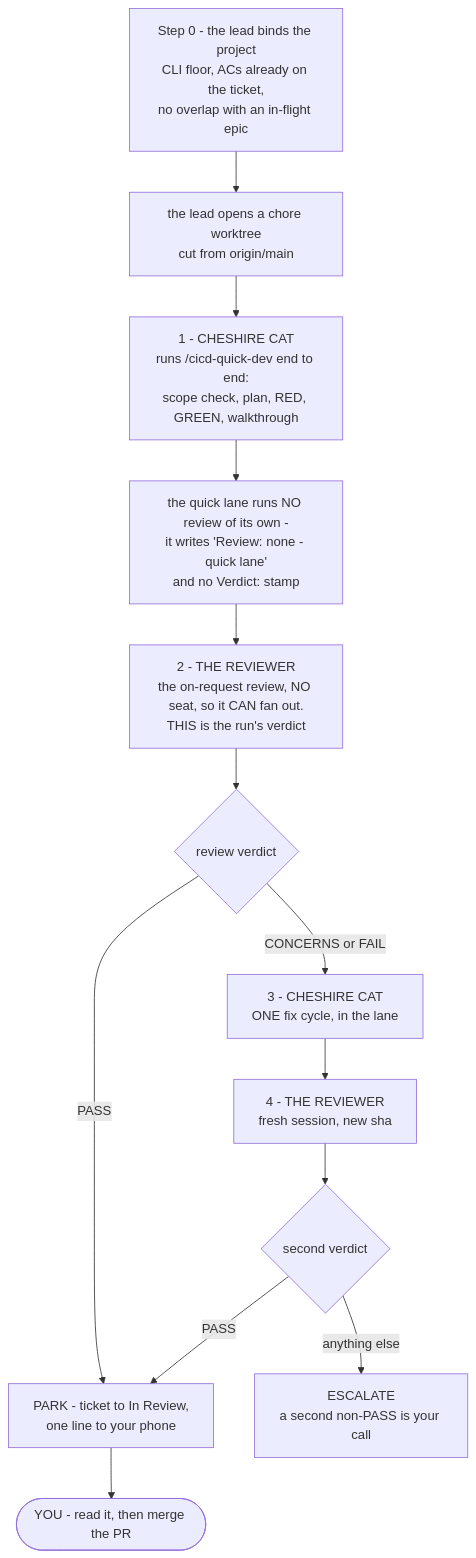
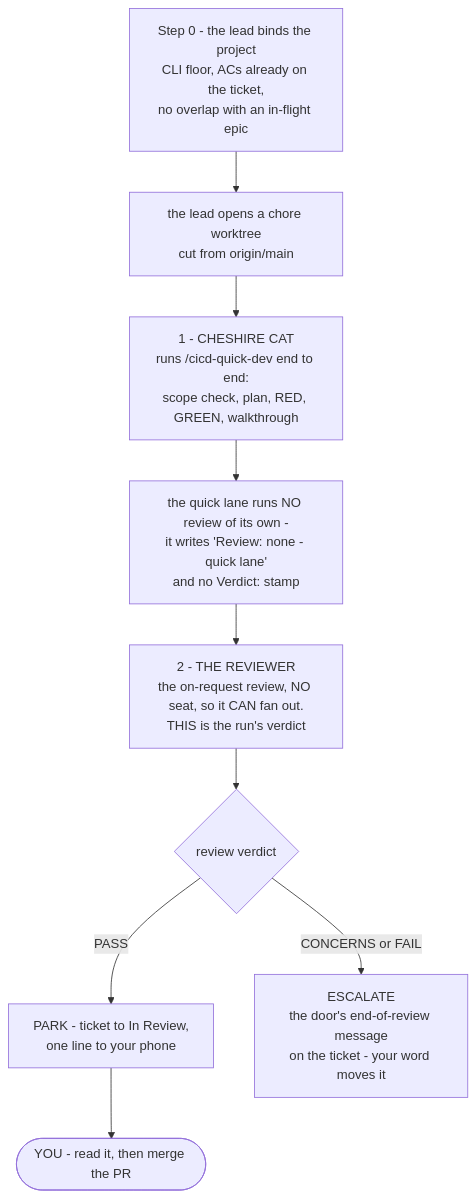
Before and after one commit to sudomadhatter/Sudo_Hatter_Command: the third of 4 diagrams in docs/_scc_sops_prds/autopilot_SOP.md, drawn with Mermaid. The commit also changed other lines of this file and 17 other files, not shown here.

````diff
--- a/docs/_scc_sops_prds/autopilot_SOP.md
+++ b/docs/_scc_sops_prds/autopilot_SOP.md
@@ -147,15 +147,11 @@
 ```mermaid
 flowchart TD
     L["Step 0 - the lead binds the project\nCLI floor, ACs already on the ticket,\nno overlap with an in-flight epic"] --> W["the lead opens a chore worktree\ncut from origin/main"]
     W --> C1["1 - CHESHIRE CAT\nruns /cicd-quick-dev end to end:\nscope check, plan, RED, GREEN, walkthrough"]
     C1 --> N["the quick lane runs NO review of its own -\nit writes 'Review: none - quick lane'\nand no Verdict: stamp"]
     N --> C2["2 - THE REVIEWER\nthe on-request review, NO seat, so it CAN fan out.\nTHIS is the run's verdict"]
     C2 --> R{"review verdict"}
     R -- "PASS" --> PARK["PARK - ticket to In Review,\none line to your phone"]
-    R -- "CONCERNS or FAIL" --> C3["3 - CHESHIRE CAT\nONE fix cycle, in the lane"]
-    C3 --> C4["4 - THE REVIEWER\nfresh session, new sha"]
-    C4 --> R2{"second verdict"}
-    R2 -- "PASS" --> PARK
-    R2 -- "anything else" --> ESC["ESCALATE\na second non-PASS is your call"]
+    R -- "CONCERNS or FAIL" --> ESC["ESCALATE\nthe door's end-of-review message\non the ticket - your word moves it"]
     PARK --> DONE(["YOU - read it, then merge the PR"])
 ```
````
